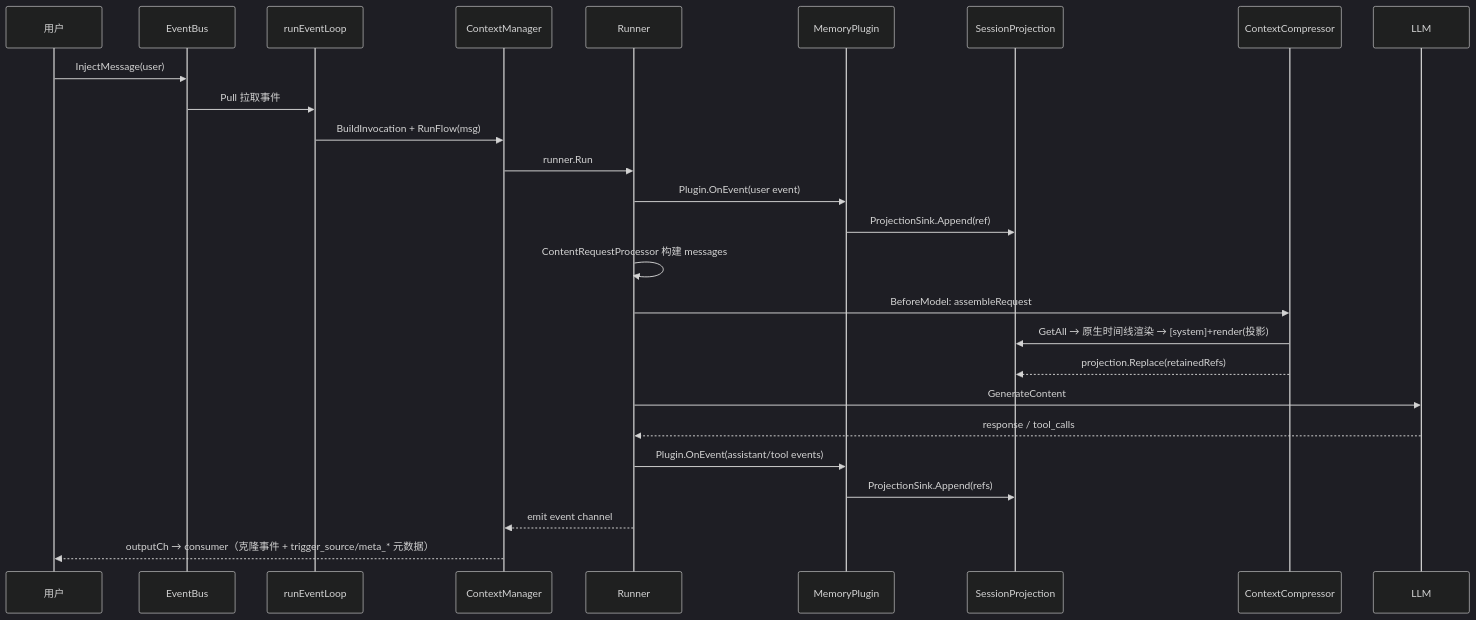
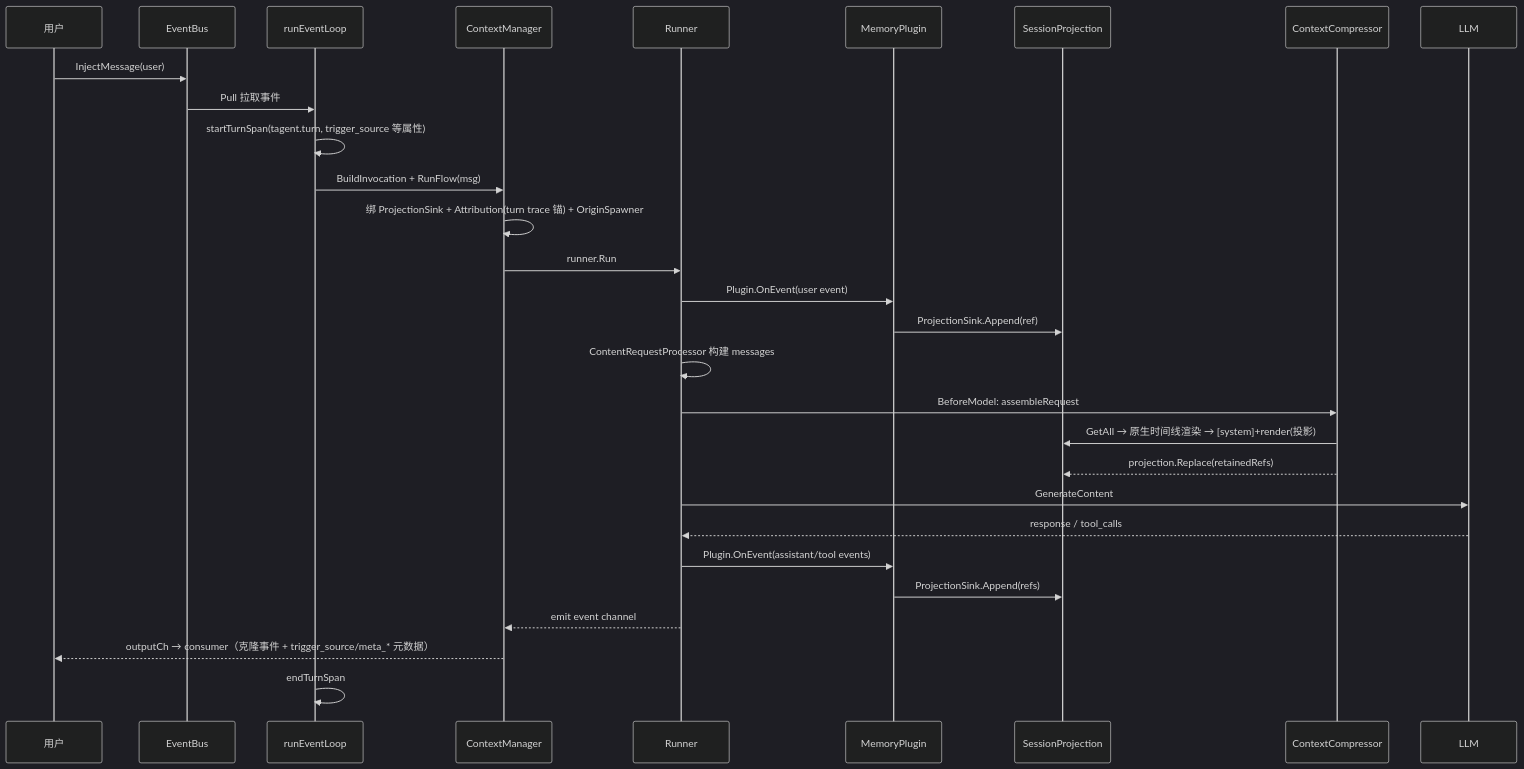
The seventh of 7 diagrams in docs/wiki/agent/event-flow.md (SpellingDragon/tagent), drawn with Mermaid (dark theme) before and after one commit. The commit also changed other lines of this file and 6 other files, not shown here.

````diff
--- a/docs/wiki/agent/event-flow.md
+++ b/docs/wiki/agent/event-flow.md
@@ -142,29 +143,32 @@
 ```mermaid
 sequenceDiagram
     participant U as 用户
     participant Bus as EventBus
     participant EL as runEventLoop
     participant CM as ContextManager
     participant R as Runner
     participant MP as MemoryPlugin
     participant Proj as SessionProjection
     participant CC as ContextCompressor
     participant LLM as LLM
 
     U->>Bus: InjectMessage(user)
     Bus->>EL: Pull 拉取事件
+    EL->>EL: startTurnSpan(tagent.turn, trigger_source 等属性)
     EL->>CM: BuildInvocation + RunFlow(msg)
+    CM->>CM: 绑 ProjectionSink + Attribution(turn trace 锚) + OriginSpawner
     CM->>R: runner.Run
     R->>MP: Plugin.OnEvent(user event)
     MP->>Proj: ProjectionSink.Append(ref)
     R->>R: ContentRequestProcessor 构建 messages
     R->>CC: BeforeModel: assembleRequest
     CC->>Proj: GetAll → 原生时间线渲染 → [system]+render(投影)
     CC-->>Proj: projection.Replace(retainedRefs)
     R->>LLM: GenerateContent
     LLM-->>R: response / tool_calls
     R->>MP: Plugin.OnEvent(assistant/tool events)
     MP->>Proj: ProjectionSink.Append(refs)
     R-->>CM: emit event channel
     CM-->>U: outputCh → consumer（克隆事件 + trigger_source/meta_* 元数据）
+    EL->>EL: endTurnSpan
 ```
````
